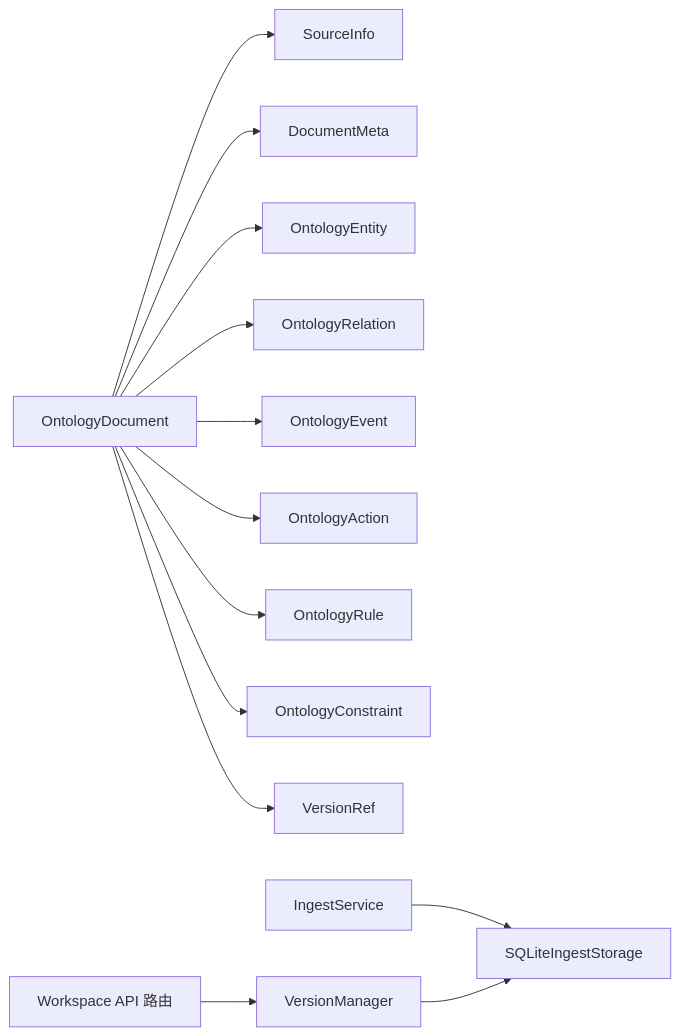
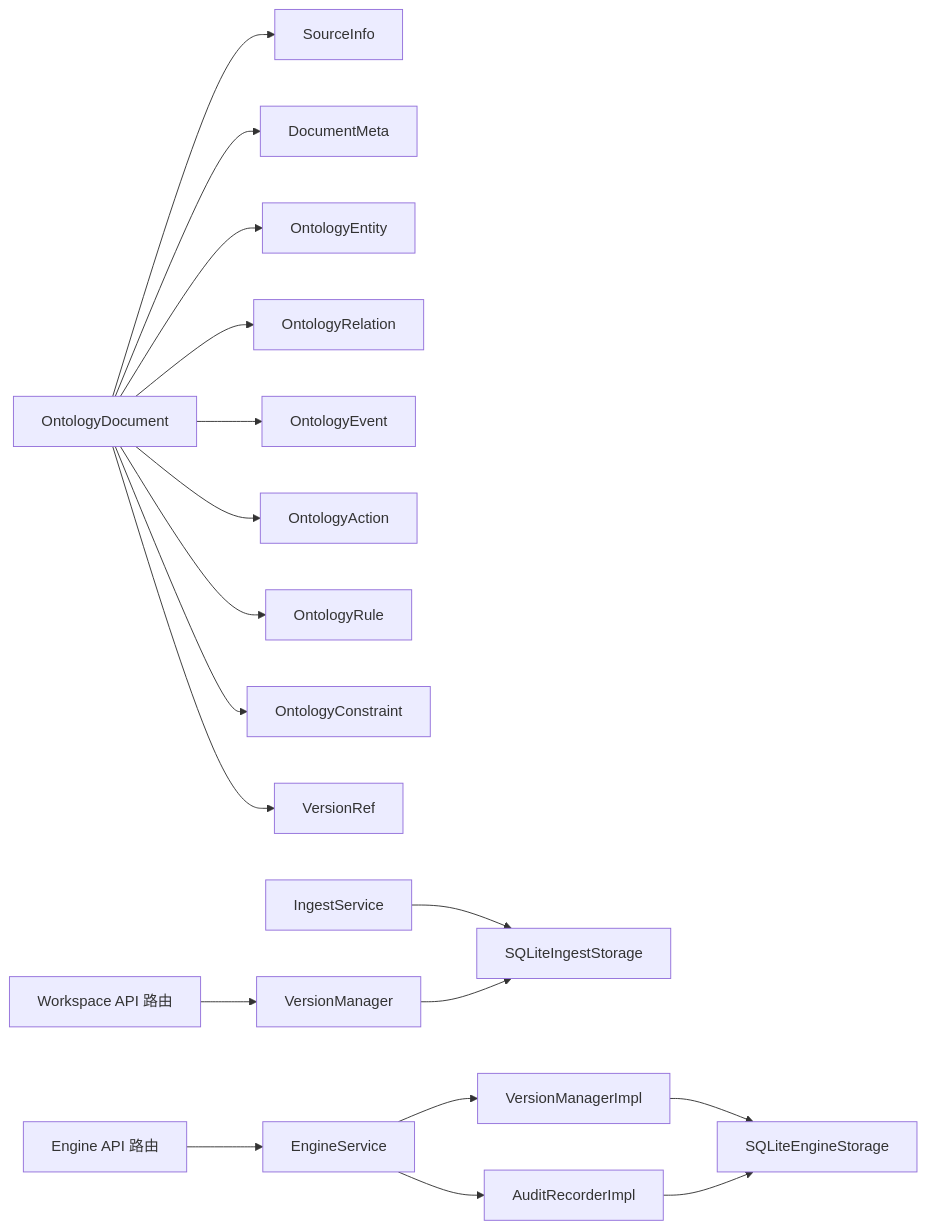
Before and after one commit to inier/ontology-graphiti: the ninth of 9 diagrams in .qoder/repowiki/zh/content/项目概述/核心特性/OMS元模型框架/本体文档管理.md, drawn with Mermaid. The commit also changed other lines of this file and 56 other files, not shown here.

````diff
--- a/.qoder/repowiki/zh/content/项目概述/核心特性/OMS元模型框架/本体文档管理.md
+++ b/.qoder/repowiki/zh/content/项目概述/核心特性/OMS元模型框架/本体文档管理.md
@@ -499,15 +662,20 @@
 ```mermaid
 graph LR
 OD["OntologyDocument"] --> SI["SourceInfo"]
 OD --> DM["DocumentMeta"]
 OD --> OE["OntologyEntity"]
 OD --> OR["OntologyRelation"]
 OD --> OEvt["OntologyEvent"]
 OD --> OA["OntologyAction"]
 OD --> ORu["OntologyRule"]
 OD --> OC["OntologyConstraint"]
 OD --> VR["VersionRef"]
 ISvc["IngestService"] --> SIS["SQLiteIngestStorage"]
 VMgr["VersionManager"] --> SIS
+ESvc["EngineService"] --> VMI["VersionManagerImpl"]
+ESvc --> AR["AuditRecorderImpl"]
+VMI --> SES["SQLiteEngineStorage"]
+AR --> SES
 API["Workspace API 路由"] --> VMgr
+ERouter["Engine API 路由"] --> ESvc
 ```
````
